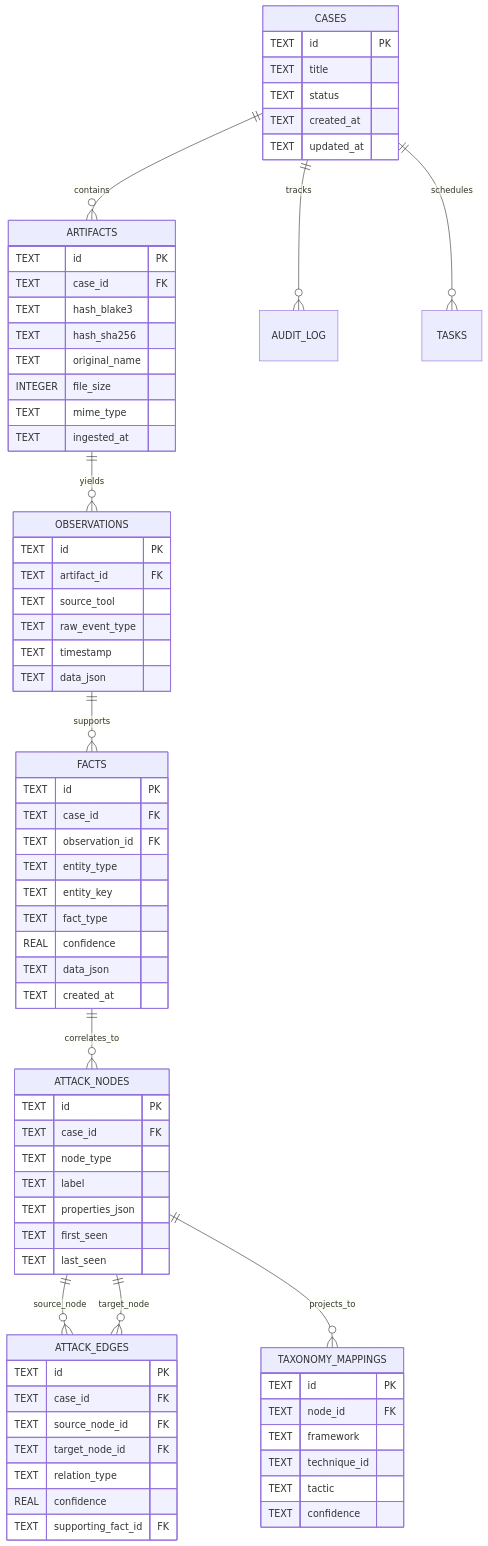
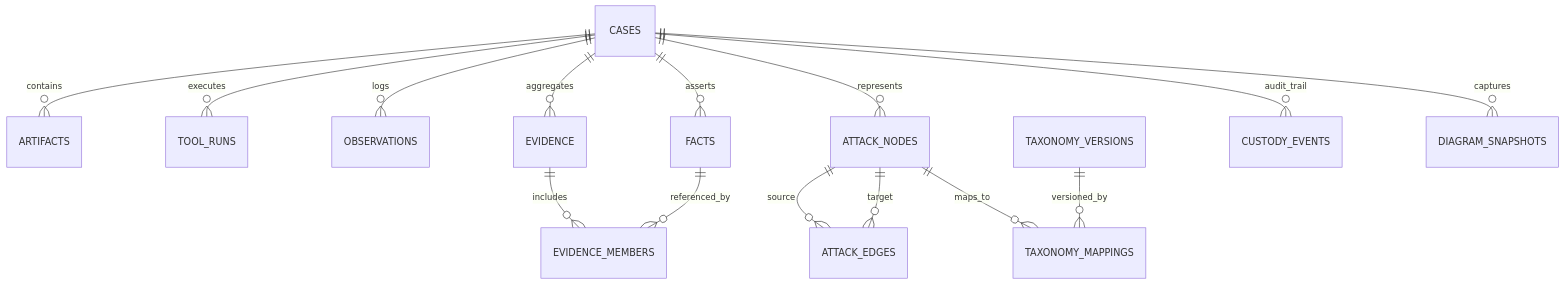
One commit to Sirojiddin6556/soc-dfir-platform changed the diagram in docs/it-company/07-database-architect.md. Above: the diagram before and after it, drawn with Mermaid. The commit also changed other lines of this file and 6 other files, not shown here.

Commit message:
docs(it-company): freeze stage 2 architecture with gate 2 mandatory directives

````diff
--- a/docs/it-company/07-database-architect.md
+++ b/docs/it-company/07-database-architect.md
@@ -19,75 +26,17 @@
 ```mermaid
 erDiagram
     CASES ||--o{ ARTIFACTS : contains
-    CASES ||--o{ AUDIT_LOG : tracks
-    CASES ||--o{ TASKS : schedules
-    ARTIFACTS ||--o{ OBSERVATIONS : yields
-    OBSERVATIONS ||--o{ FACTS : supports
-    FACTS ||--o{ ATTACK_NODES : correlates_to
-    ATTACK_NODES ||--o{ ATTACK_EDGES : source_node
-    ATTACK_NODES ||--o{ ATTACK_EDGES : target_node
-    ATTACK_NODES ||--o{ TAXONOMY_MAPPINGS : projects_to
-
-    CASES {
-        TEXT id PK
-        TEXT title
-        TEXT status
-        TEXT created_at
-        TEXT updated_at
-    }
-    ARTIFACTS {
-        TEXT id PK
-        TEXT case_id FK
-        TEXT hash_blake3
-        TEXT hash_sha256
-        TEXT original_name
-        INTEGER file_size
-        TEXT mime_type
-        TEXT ingested_at
-    }
-    OBSERVATIONS {
-        TEXT id PK
-        TEXT artifact_id FK
-        TEXT source_tool
-        TEXT raw_event_type
-        TEXT timestamp
-        TEXT data_json
-    }
-    FACTS {
-        TEXT id PK
-        TEXT case_id FK
-        TEXT observation_id FK
-        TEXT entity_type
-        TEXT entity_key
-        TEXT fact_type
-        REAL confidence
-        TEXT data_json
-        TEXT created_at
-    }
-    ATTACK_NODES {
-        TEXT id PK
-        TEXT case_id FK
-        TEXT node_type
-        TEXT label
-        TEXT properties_json
-        TEXT first_seen
-        TEXT last_seen
-    }
-    ATTACK_EDGES {
-        TEXT id PK
-        TEXT case_id FK
-        TEXT source_node_id FK
-        TEXT target_node_id FK
-        TEXT relation_type
-        REAL confidence
-        TEXT supporting_fact_id FK
-    }
-    TAXONOMY_MAPPINGS {
-        TEXT id PK
-        TEXT node_id FK
-        TEXT framework
-        TEXT technique_id
-        TEXT tactic
-        TEXT confidence
-    }
+    CASES ||--o{ TOOL_RUNS : executes
+    CASES ||--o{ OBSERVATIONS : logs
+    CASES ||--o{ FACTS : asserts
+    CASES ||--o{ EVIDENCE : aggregates
+    EVIDENCE ||--o{ EVIDENCE_MEMBERS : includes
+    FACTS ||--o{ EVIDENCE_MEMBERS : referenced_by
+    CASES ||--o{ ATTACK_NODES : represents
+    ATTACK_NODES ||--o{ ATTACK_EDGES : source
+    ATTACK_NODES ||--o{ ATTACK_EDGES : target
+    ATTACK_NODES ||--o{ TAXONOMY_MAPPINGS : maps_to
+    TAXONOMY_VERSIONS ||--o{ TAXONOMY_MAPPINGS : versioned_by
+    CASES ||--o{ CUSTODY_EVENTS : audit_trail
+    CASES ||--o{ DIAGRAM_SNAPSHOTS : captures
 ```
````
